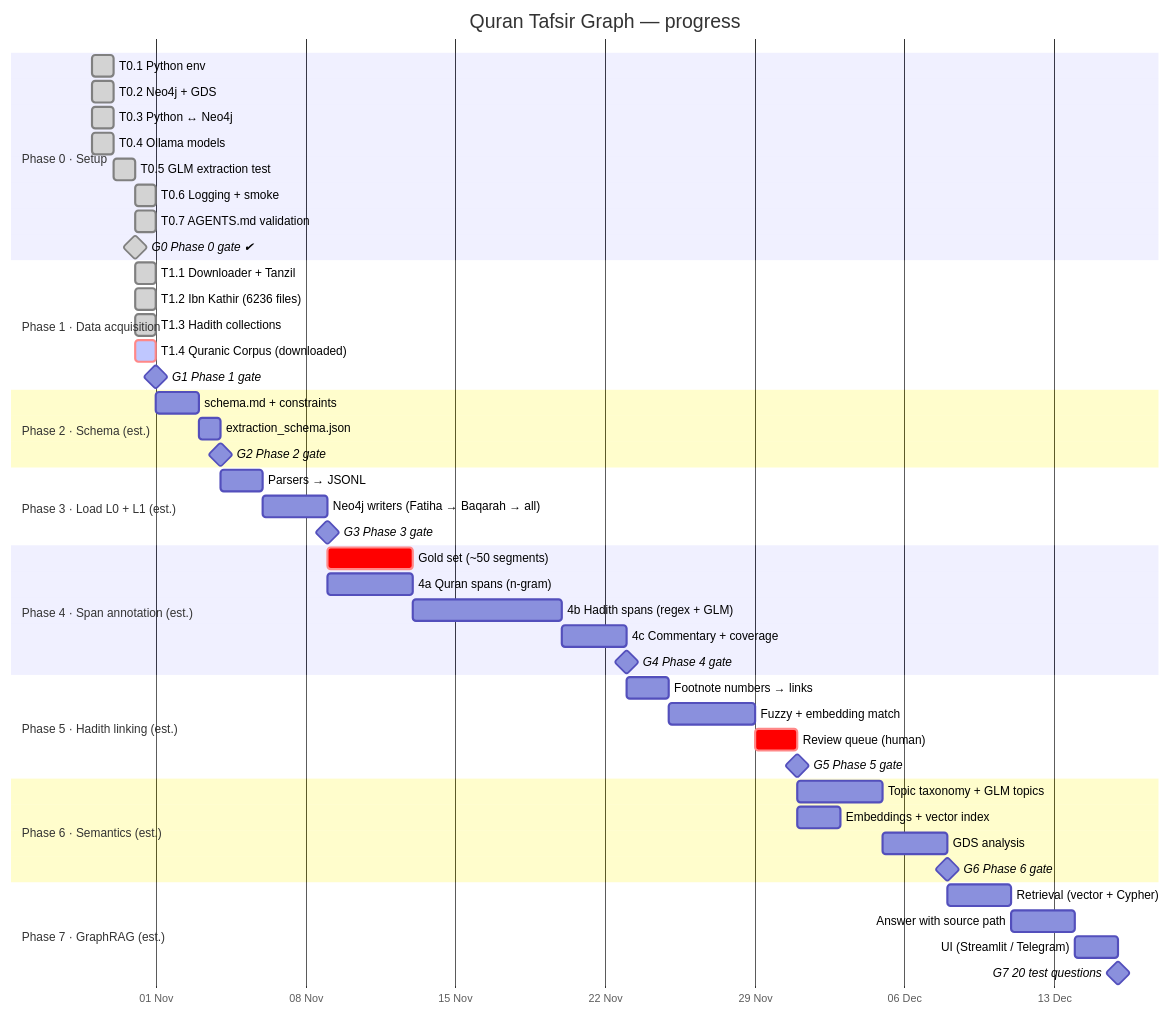
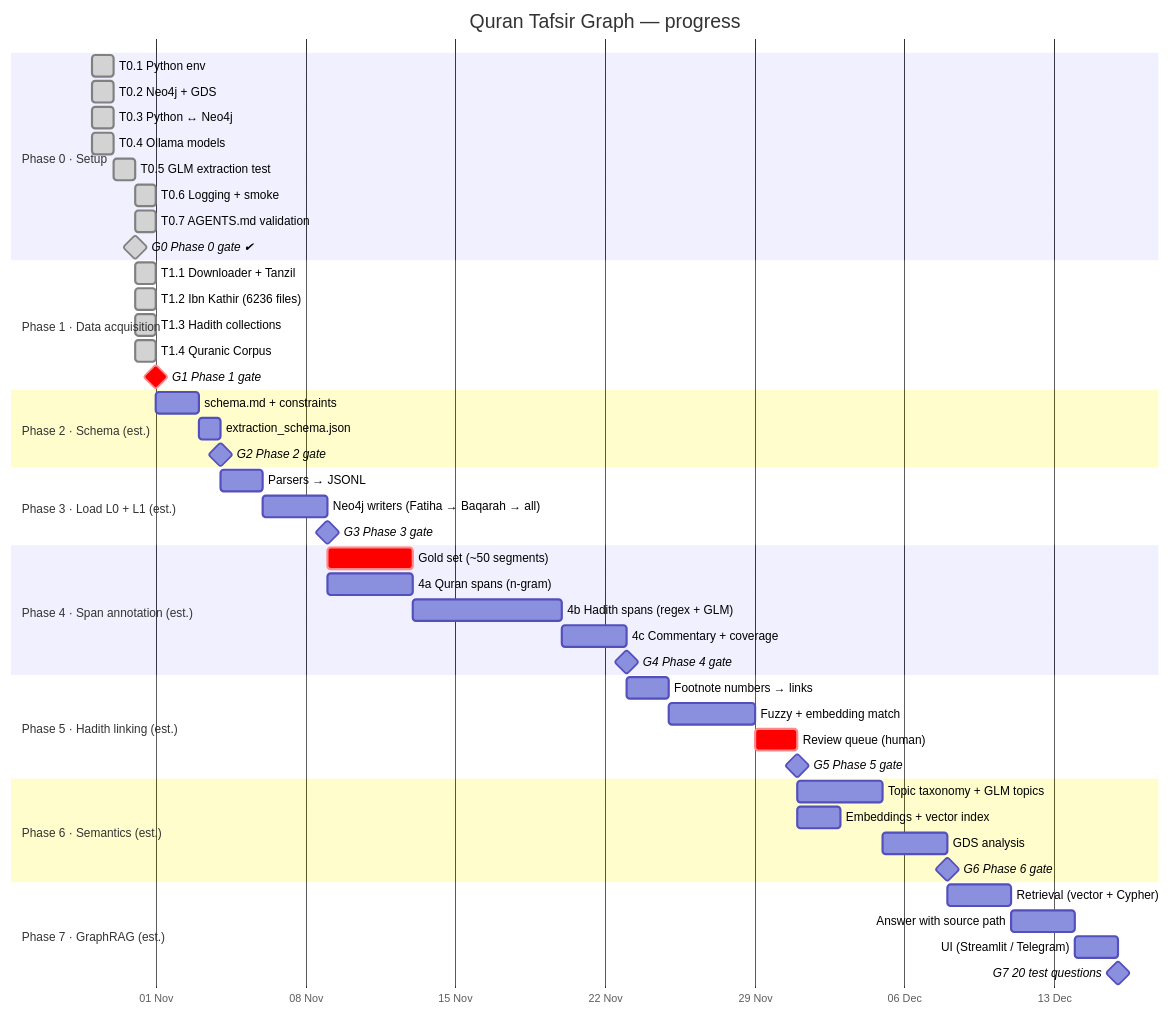
Before and after one commit to mohamed-soubhi/quran-graph: the diagram in docs/GANTT.md, drawn with Mermaid. The commit also changed other lines of this file and 4 other files, not shown here.

First line of the commit message:
G1: Phase 1 gate check, T1.4 done, download record in sources.md

````diff
--- a/docs/GANTT.md
+++ b/docs/GANTT.md
@@ -9,59 +9,59 @@
 ```mermaid
 gantt
     title Quran Tafsir Graph — progress
     dateFormat YYYY-MM-DD
     axisFormat %d %b
     todayMarker stroke-width:3px,stroke:#d33
 
     section Phase 0 · Setup
     T0.1 Python env                 :done, t01, 2026-10-29, 1d
     T0.2 Neo4j + GDS                :done, t02, 2026-10-29, 1d
     T0.3 Python ↔ Neo4j             :done, t03, 2026-10-29, 1d
     T0.4 Ollama models              :done, t04, 2026-10-29, 1d
     T0.5 GLM extraction test        :done, t05, 2026-10-30, 1d
     T0.6 Logging + smoke            :done, t06, 2026-10-31, 1d
     T0.7 AGENTS.md validation       :done, t07, 2026-10-31, 1d
     G0 Phase 0 gate ✔               :milestone, done, g0, 2026-10-31, 0d
 
     section Phase 1 · Data acquisition
     T1.1 Downloader + Tanzil        :done, t11, 2026-10-31, 1d
     T1.2 Ibn Kathir (6236 files)    :done, t12, 2026-10-31, 1d
     T1.3 Hadith collections         :done, t13, 2026-10-31, 1d
-    T1.4 Quranic Corpus (downloaded) :crit, active, t14, 2026-10-31, 1d
-    G1 Phase 1 gate                 :milestone, g1, after t14, 0d
+    T1.4 Quranic Corpus            :done, t14, 2026-10-31, 1d
+    G1 Phase 1 gate                 :crit, milestone, g1, after t14, 0d
 
     section Phase 2 · Schema (est.)
     schema.md + constraints         :p2a, after g1, 2d
     extraction_schema.json          :p2b, after p2a, 1d
     G2 Phase 2 gate                 :milestone, g2, after p2b, 0d
 
     section Phase 3 · Load L0 + L1 (est.)
     Parsers → JSONL                 :p3a, after g2, 2d
     Neo4j writers (Fatiha → Baqarah → all) :p3b, after p3a, 3d
     G3 Phase 3 gate                 :milestone, g3, after p3b, 0d
 
     section Phase 4 · Span annotation (est.)
     Gold set (~50 segments)         :crit, p4g, after g3, 4d
     4a Quran spans (n-gram)         :p4a, after g3, 4d
     4b Hadith spans (regex + GLM)   :p4b, after p4a, 7d
     4c Commentary + coverage        :p4c, after p4b, 3d
     G4 Phase 4 gate                 :milestone, g4, after p4c, 0d
 
     section Phase 5 · Hadith linking (est.)
     Footnote numbers → links        :p5a, after g4, 2d
     Fuzzy + embedding match         :p5b, after p5a, 4d
     Review queue (human)            :crit, p5c, after p5b, 2d
     G5 Phase 5 gate                 :milestone, g5, after p5c, 0d
 
     section Phase 6 · Semantics (est.)
     Topic taxonomy + GLM topics     :p6a, after g5, 4d
     Embeddings + vector index       :p6b, after g5, 2d
     GDS analysis                    :p6c, after p6a, 3d
     G6 Phase 6 gate                 :milestone, g6, after p6c, 0d
 
     section Phase 7 · GraphRAG (est.)
     Retrieval (vector + Cypher)     :p7a, after g6, 3d
     Answer with source path         :p7b, after p7a, 3d
     UI (Streamlit / Telegram)       :p7c, after p7b, 2d
     G7 20 test questions            :milestone, g7, after p7c, 0d
 ```
````
